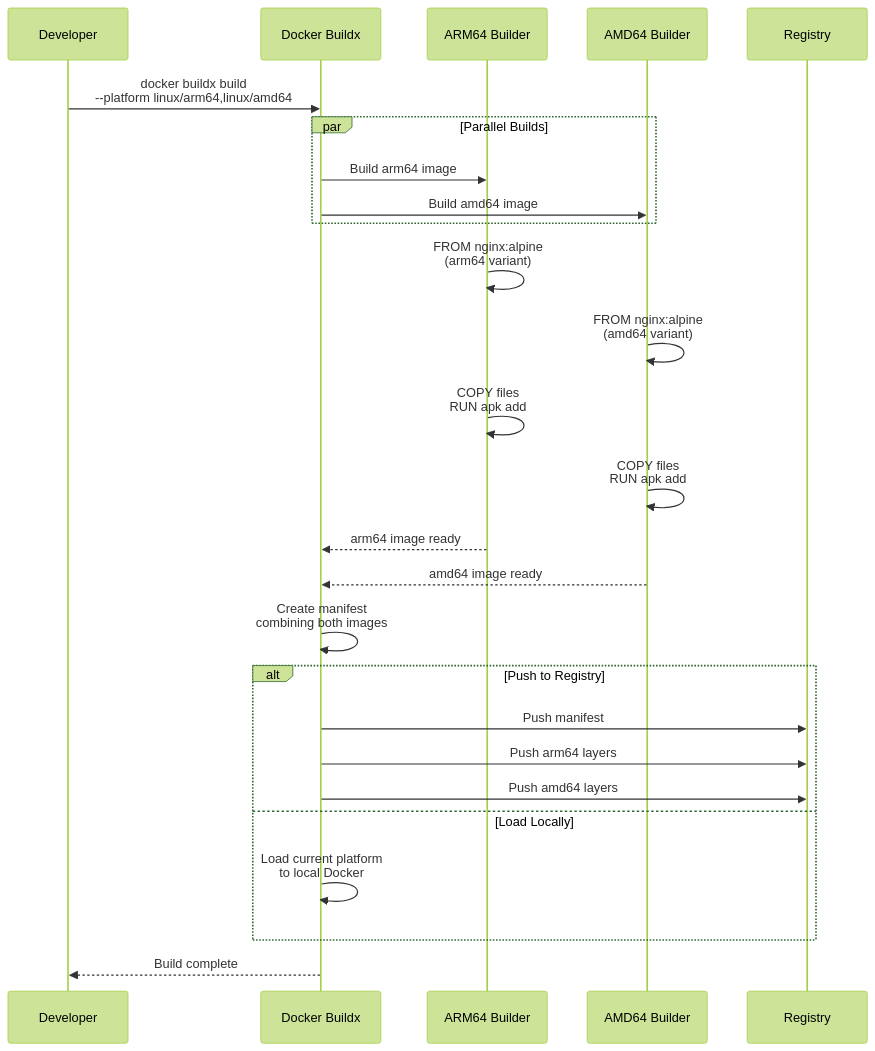
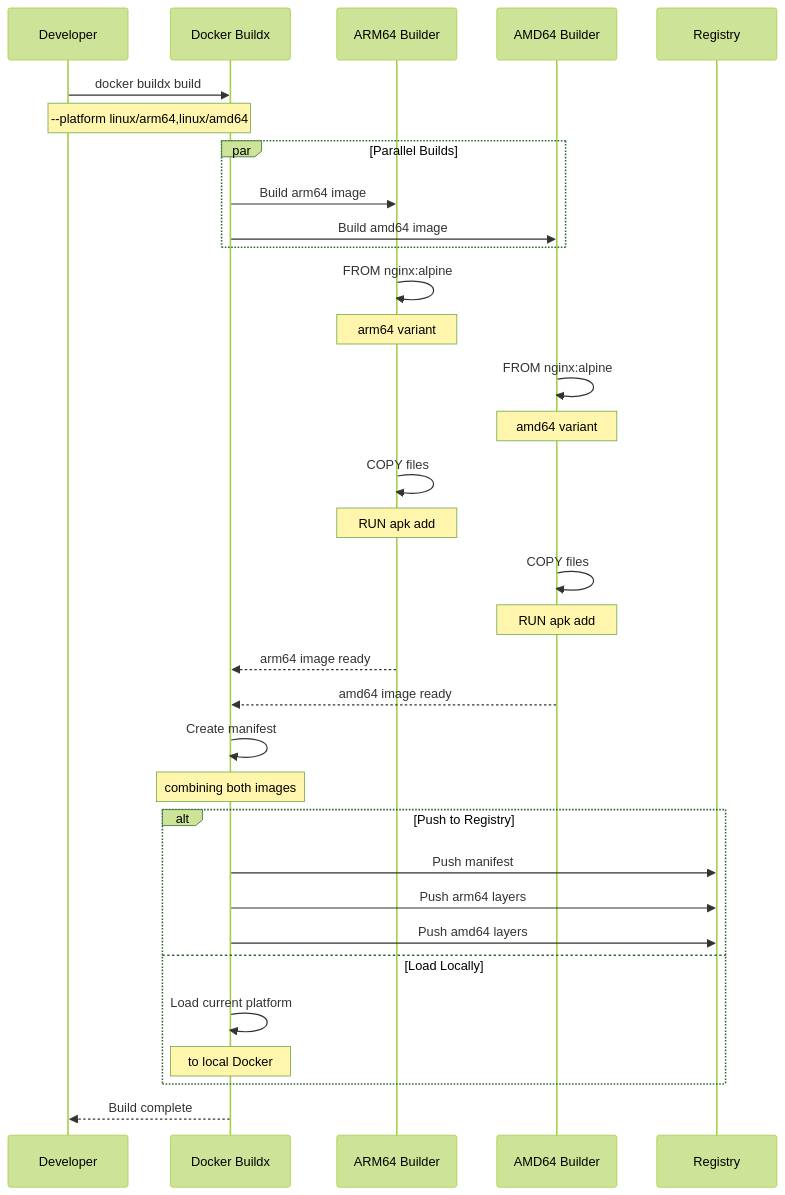
One commit to softwarewrighter/dev-proxy changed the ninth of 16 diagrams in wiki/Build-Process.md. Above: the diagram before and after it, drawn with Mermaid (forest theme). The commit also changed other lines of this file and 1 other file, not shown here.

First line of the commit message:
Fix remaining Mermaid sequence diagrams in Build-Process.md and Security.md

````diff
--- a/wiki/Build-Process.md
+++ b/wiki/Build-Process.md
@@ -371,37 +375,45 @@
 ```mermaid
 sequenceDiagram
     participant Dev as Developer
     participant Buildx as Docker Buildx
     participant ARM as ARM64 Builder
     participant AMD as AMD64 Builder
     participant Registry
 
-    Dev->>Buildx: docker buildx build<br/>--platform linux/arm64,linux/amd64
+    Dev->>Buildx: docker buildx build
+    Note over Dev,Buildx: --platform linux/arm64,linux/amd64
 
     par Parallel Builds
         Buildx->>ARM: Build arm64 image
         Buildx->>AMD: Build amd64 image
     end
 
-    ARM->>ARM: FROM nginx:alpine<br/>(arm64 variant)
-    AMD->>AMD: FROM nginx:alpine<br/>(amd64 variant)
+    ARM->>ARM: FROM nginx:alpine
+    Note over ARM: arm64 variant
 
-    ARM->>ARM: COPY files<br/>RUN apk add
+    AMD->>AMD: FROM nginx:alpine
+    Note over AMD: amd64 variant
 
-    AMD->>AMD: COPY files<br/>RUN apk add
+    ARM->>ARM: COPY files
+    Note over ARM: RUN apk add
+
+    AMD->>AMD: COPY files
+    Note over AMD: RUN apk add
 
     ARM-->>Buildx: arm64 image ready
     AMD-->>Buildx: amd64 image ready
 
-    Buildx->>Buildx: Create manifest<br/>combining both images
+    Buildx->>Buildx: Create manifest
+    Note over Buildx: combining both images
 
     alt Push to Registry
         Buildx->>Registry: Push manifest
         Buildx->>Registry: Push arm64 layers
         Buildx->>Registry: Push amd64 layers
     else Load Locally
-        Buildx->>Buildx: Load current platform<br/>to local Docker
+        Buildx->>Buildx: Load current platform
+        Note over Buildx: to local Docker
     end
 
     Buildx-->>Dev: Build complete
 ```
````
